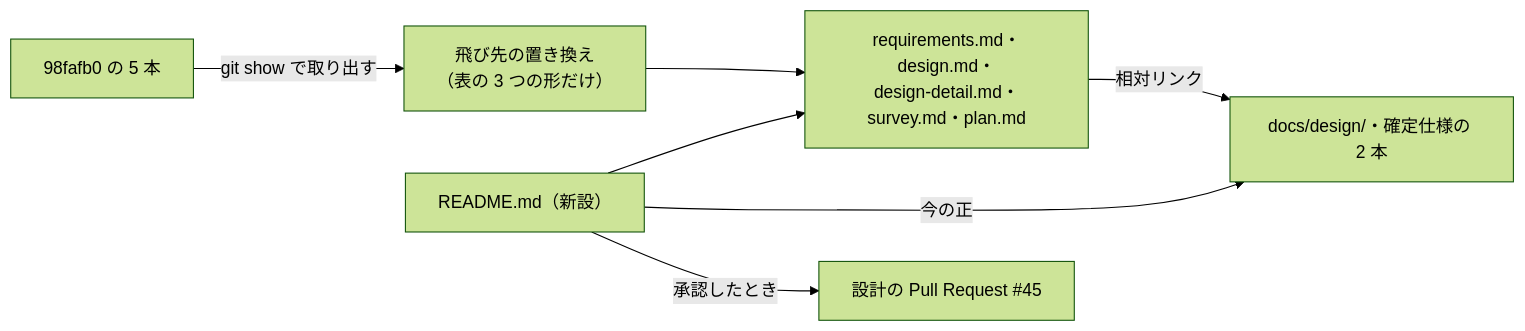
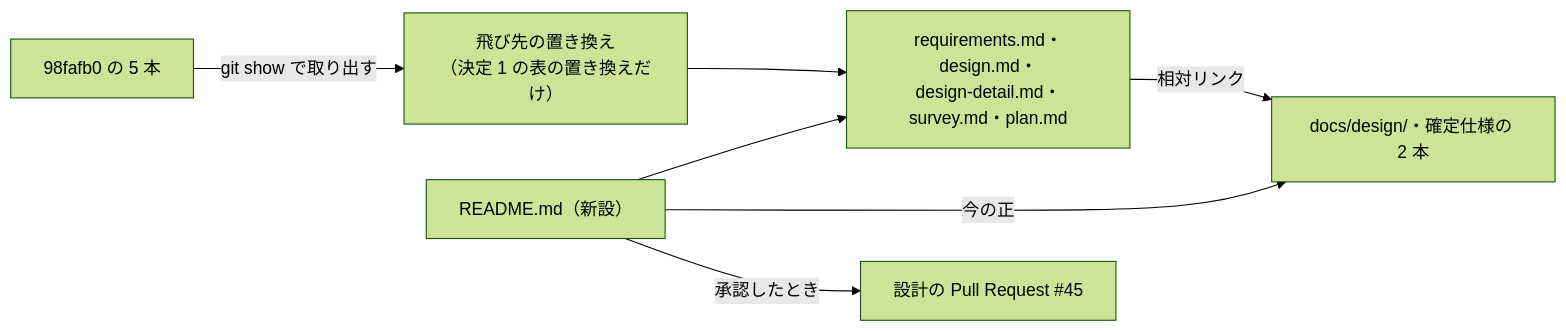
One commit to devbasex/nd-factory changed the second of 2 diagrams in issues/issue-104-design.md. Above: the diagram before and after it, drawn with Mermaid (forest theme). The commit also changed other lines of this file and 2 other files, not shown here.

````diff
--- a/issues/issue-104-design.md
+++ b/issues/issue-104-design.md
@@ -58,9 +58,9 @@
 ```mermaid
 graph LR
-  C["98fafb0 の 5 本"] -->|"git show で取り出す"| X["飛び先の置き換え<br/>（表の 3 つの形だけ）"]
+  C["98fafb0 の 5 本"] -->|"git show で取り出す"| X["飛び先の置き換え<br/>（決定 1 の表の置き換えだけ）"]
   X --> R["requirements.md・design.md・<br/>design-detail.md・survey.md・plan.md"]
   RM["README.md（新設）"] --> R
   RM -->|今の正| D["docs/design/・確定仕様の 2 本"]
   RM -->|承認したとき| P45["設計の Pull Request #45"]
   R -->|相対リンク| D
 ```
````
